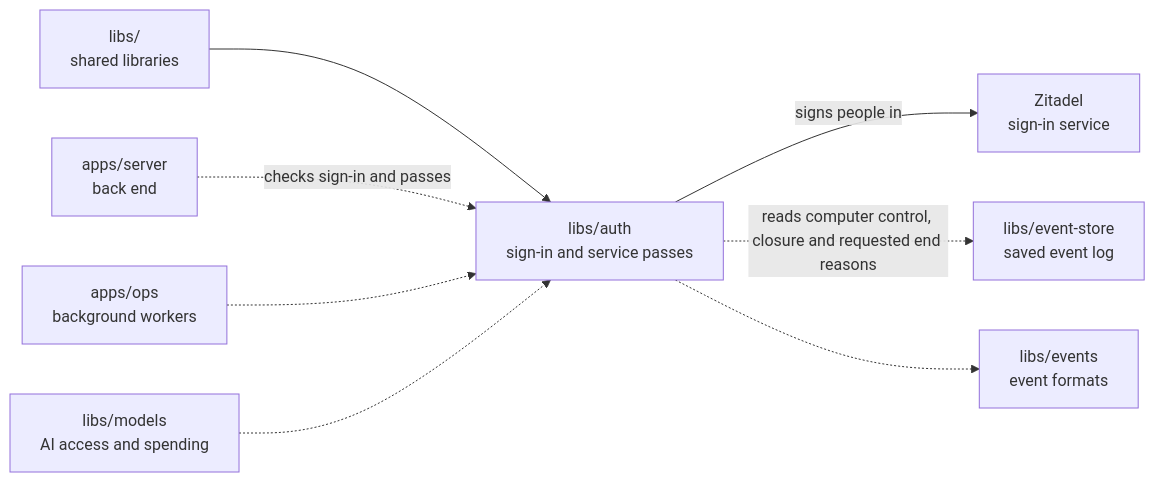
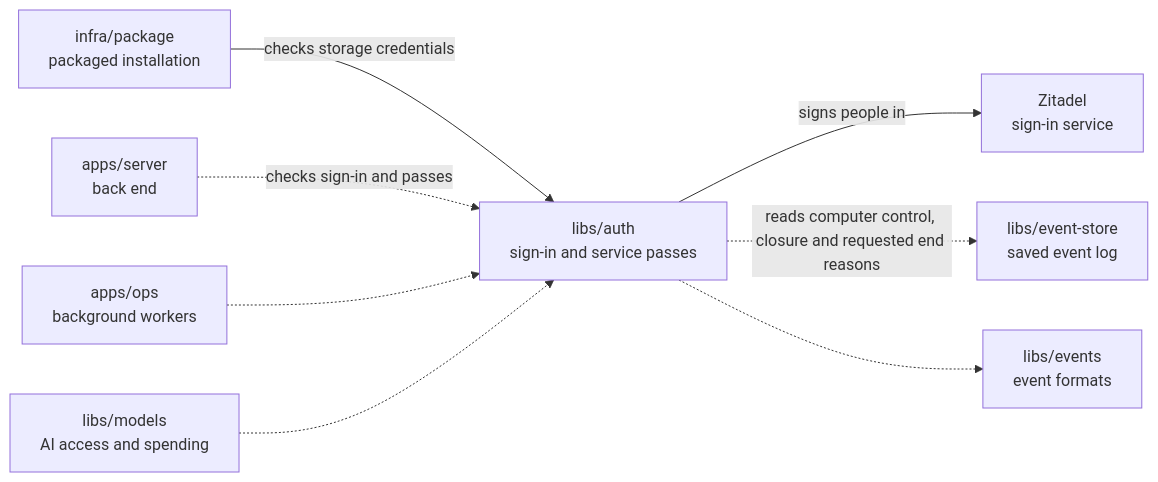
Before and after one commit to elewa-git/opencrane-new: the diagram in libs/auth/README.md, drawn with Mermaid. The commit also changed other lines of this file and 22 other files, not shown here.

Commit message:
🔒 Bound storage leases and share strict scanner database checks

````diff
--- a/libs/auth/README.md
+++ b/libs/auth/README.md
@@ -20,10 +21,10 @@
 ```mermaid
 flowchart LR
-  parent["libs/<br/>shared libraries"] --> auth["libs/auth<br/>sign-in and service passes"]
+  package["infra/package<br/>packaged installation"] -->|checks storage credentials| auth["libs/auth<br/>sign-in and service passes"]
   server["apps/server<br/>back end"] -.->|checks sign-in and passes| auth
   ops["apps/ops<br/>background workers"] -.-> auth
   models["libs/models<br/>AI access and spending"] -.-> auth
   auth -->|signs people in| zitadel["Zitadel<br/>sign-in service"]
   auth -.->|reads computer control, closure and requested end reasons| store["libs/event-store<br/>saved event log"]
   auth -.-> events["libs/events<br/>event formats"]
 ```
````
